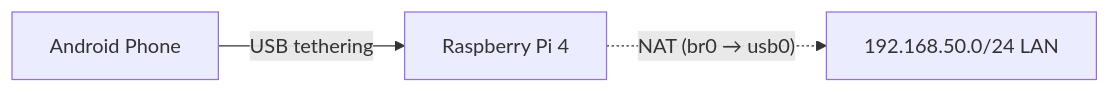
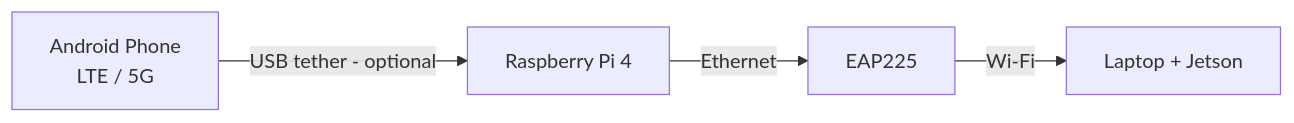
Before and after one commit to AkimaraYouki/GEN2-GCS-Network: the second of 2 diagrams in README.md, drawn with Mermaid. The commit also changed other lines of this file and 14 other files, not shown here.

Commit message:
Revise architecture: EAP225 single AP (GEN2-ROBOT), Pi eth0 only; archive bridge runbook

````diff
--- a/README.md
+++ b/README.md
@@ -207,5 +201,11 @@
 ```mermaid
 flowchart LR
-    PHONE["Android Phone"] -- "USB tethering" --> PI["Raspberry Pi 4"]
-    PI -. "NAT (br0 → usb0)" .-> LAN["192.168.50.0/24 LAN"]
+    PHONE["Android Phone<br/>LTE / 5G"]
+    PI["Raspberry Pi 4"]
+    EAP["EAP225"]
+    CLIENTS["Laptop + Jetson"]
+
+    PHONE -->|USB tether - optional| PI
+    PI -->|Ethernet| EAP
+    EAP -->|Wi-Fi| CLIENTS
 ```
````
